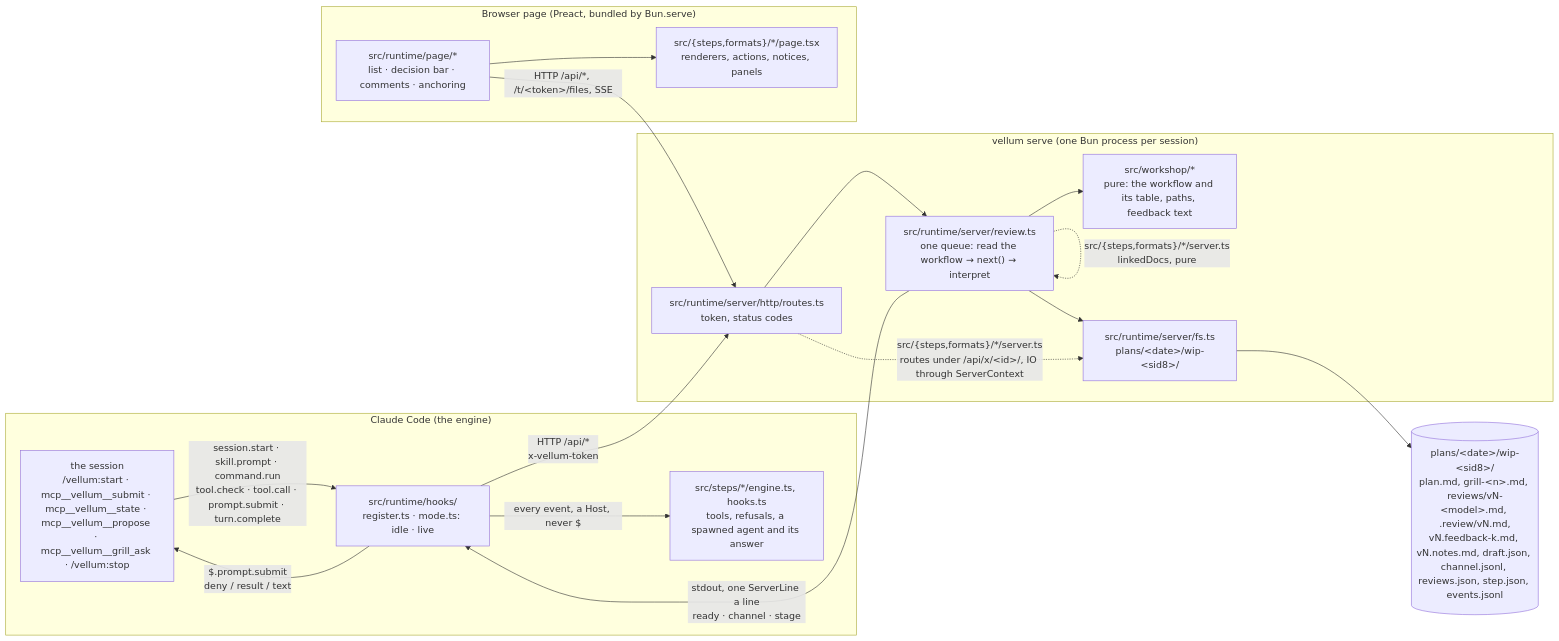
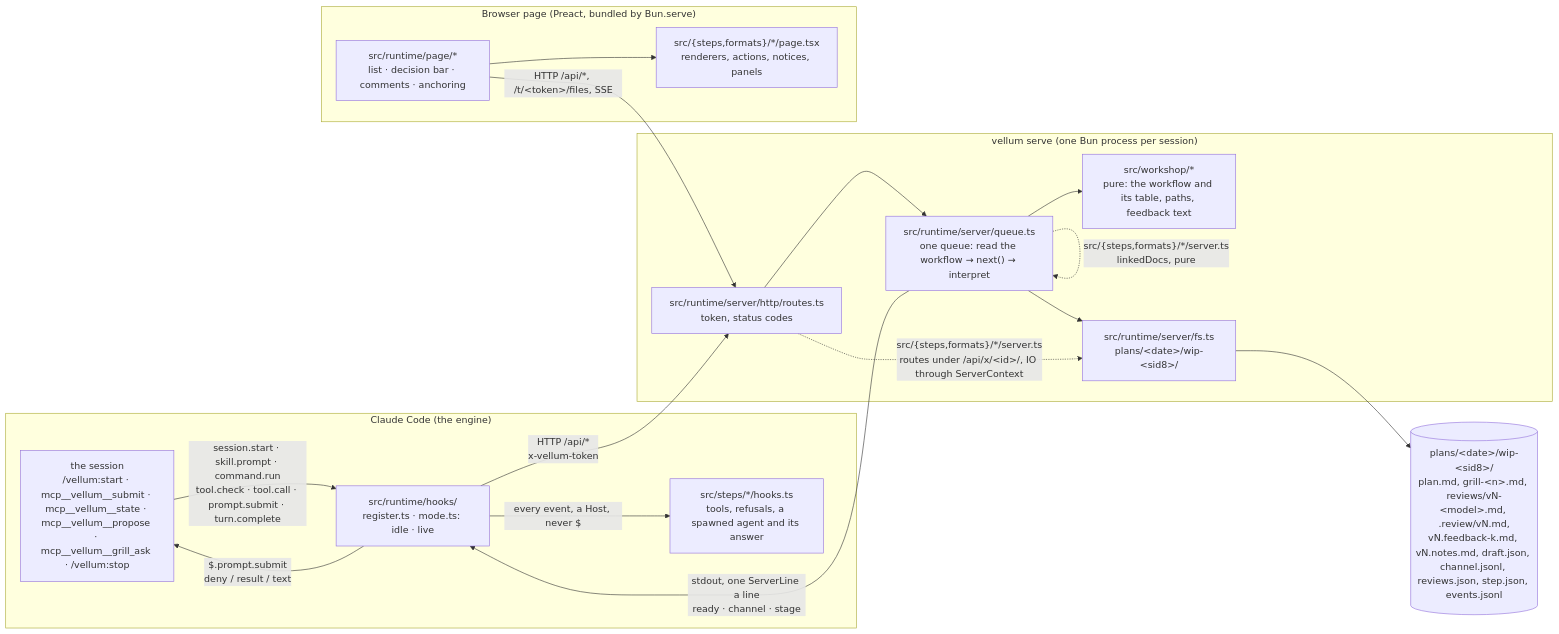
One commit to bengous/claude-code-plugins changed the first of 6 diagrams in vellum/docs/architecture.md. Above: the diagram before and after it, drawn with Mermaid. The commit also changed other lines of this file and 88 other files, not shown here.

First line of the commit message:
refactor(vellum): chaque part est une tranche, ids proposal et agent-review, la file devient Queue (#251)

````diff
--- a/vellum/docs/architecture.md
+++ b/vellum/docs/architecture.md
@@ -11,31 +11,31 @@
 ```mermaid
 flowchart LR
   subgraph engine["Claude Code (the engine)"]
     CC["the session<br/>/vellum:start · mcp__vellum__submit · mcp__vellum__state · mcp__vellum__propose · mcp__vellum__grill_ask · /vellum:stop"]
     M["src/runtime/hooks/<br/>register.ts · mode.ts: idle · live"]
-    E["src/steps/*/engine.ts, hooks.ts<br/>tools, refusals, a spawned agent and its answer"]
+    E["src/steps/*/hooks.ts<br/>tools, refusals, a spawned agent and its answer"]
     CC -- "session.start · skill.prompt · command.run<br/>tool.check · tool.call · prompt.submit · turn.complete" --> M
     M -- "$.prompt.submit<br/>deny / result / text" --> CC
     M -- "every event, a Host, never $" --> E
   end
   subgraph server["vellum serve (one Bun process per session)"]
     R["src/runtime/server/http/routes.ts<br/>token, status codes"]
-    A["src/runtime/server/review.ts<br/>one queue: read the workflow → next() → interpret"]
+    A["src/runtime/server/queue.ts<br/>one queue: read the workflow → next() → interpret"]
     T["src/workshop/*<br/>pure: the workflow and its table, paths, feedback text"]
     W["src/runtime/server/fs.ts<br/>plans/&lt;date&gt;/wip-&lt;sid8&gt;/"]
     R --> A --> T
     A --> W
   end
   subgraph page["Browser page (Preact, bundled by Bun.serve)"]
     U["src/runtime/page/*<br/>list · decision bar · comments · anchoring"]
     P["src/{steps,formats}/*/page.tsx<br/>renderers, actions, notices, panels"]
     U --> P
   end
   M -- "HTTP /api/*<br/>x-vellum-token" --> R
   A -- "stdout, one ServerLine a line<br/>ready · channel · stage" --> M
   U -- "HTTP /api/*, /t/&lt;token&gt;/files, SSE" --> R
   A -. "src/{steps,formats}/*/server.ts<br/>linkedDocs, pure" .-> A
   R -. "src/{steps,formats}/*/server.ts<br/>routes under /api/x/&lt;id&gt;/, IO through ServerContext" .-> W
   F[("plans/&lt;date&gt;/wip-&lt;sid8&gt;/<br/>plan.md, grill-&lt;n&gt;.md, reviews/vN-&lt;model&gt;.md, .review/vN.md,<br/>vN.feedback-k.md, vN.notes.md, draft.json, channel.jsonl, reviews.json, step.json, events.jsonl")]
   W --> F
 ```
````
